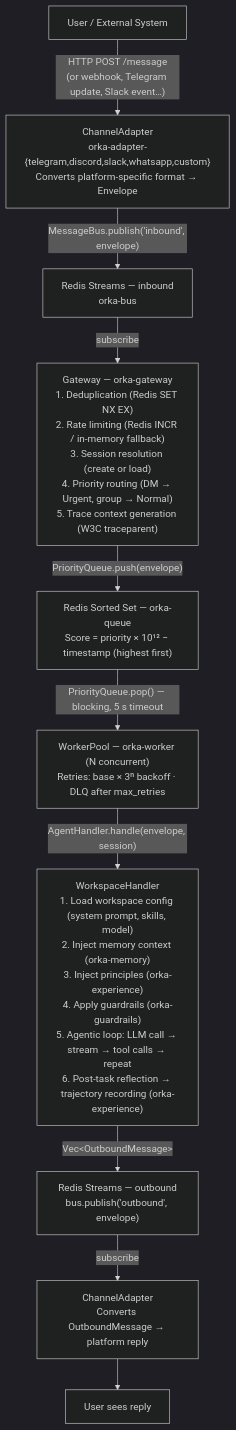
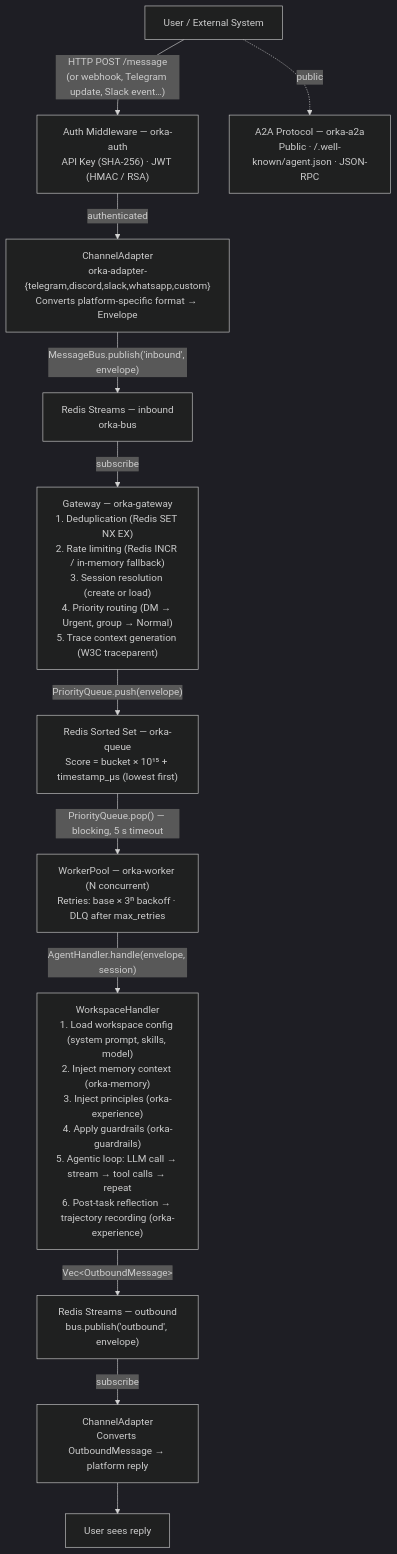
The first of 2 diagrams in docs/architecture.md (gianlucamazza/orka), drawn with Mermaid (dark theme) before and after one commit. The commit also changed 1 other file, not shown here.

Commit message:
docs: validate and fix architecture diagrams
- Fix skill registry categories to match actual code (shell, code, web,
  http, knowledge, schedule, mcp, filesystem, system, wasm)
- Fix priority queue score formula: bucket × 10¹⁵ + timestamp_µs
  (was priority × 10¹² − timestamp)
- Add orka-auth middleware node to ingress path in both diagrams
- Add orka-a2a public endpoint as parallel path (agent discovery)
- Add orka-eval service node (skill scenario testing via API)
- Add circuit breaker note to LLM Router node
- Add WASM plugin support to Skill Registry node

````diff
--- a/docs/architecture.md
+++ b/docs/architecture.md
@@ -7,23 +7,27 @@
 ```mermaid
 flowchart TD
     User["User / External System"]
+    Auth["Auth Middleware — orka-auth\nAPI Key (SHA-256) · JWT (HMAC / RSA)"]
     CA1["ChannelAdapter\norka-adapter-{telegram,discord,slack,whatsapp,custom}\nConverts platform-specific format → Envelope"]
     RS1["Redis Streams — inbound\norka-bus"]
     GW["Gateway — orka-gateway\n1. Deduplication (Redis SET NX EX)\n2. Rate limiting (Redis INCR / in-memory fallback)\n3. Session resolution (create or load)\n4. Priority routing (DM → Urgent, group → Normal)\n5. Trace context generation (W3C traceparent)"]
-    PQ["Redis Sorted Set — orka-queue\nScore = priority × 10¹² − timestamp (highest first)"]
+    PQ["Redis Sorted Set — orka-queue\nScore = bucket × 10¹⁵ + timestamp_µs (lowest first)"]
     WP["WorkerPool — orka-worker (N concurrent)\nRetries: base × 3ⁿ backoff · DLQ after max_retries"]
     WH["WorkspaceHandler\n1. Load workspace config (system prompt, skills, model)\n2. Inject memory context (orka-memory)\n3. Inject principles (orka-experience)\n4. Apply guardrails (orka-guardrails)\n5. Agentic loop: LLM call → stream → tool calls → repeat\n6. Post-task reflection → trajectory recording (orka-experience)"]
     RS2["Redis Streams — outbound\nbus.publish('outbound', envelope)"]
     CA2["ChannelAdapter\nConverts OutboundMessage → platform reply"]
     Reply["User sees reply"]
+    A2A["A2A Protocol — orka-a2a\nPublic · /.well-known/agent.json · JSON-RPC"]
 
-    User -->|"HTTP POST /message\n(or webhook, Telegram update, Slack event…)"| CA1
+    User -->|"HTTP POST /message\n(or webhook, Telegram update, Slack event…)"| Auth
+    User -.->|"public"| A2A
+    Auth -->|"authenticated"| CA1
     CA1 -->|"MessageBus.publish('inbound', envelope)"| RS1
     RS1 -->|"subscribe"| GW
     GW -->|"PriorityQueue.push(envelope)"| PQ
     PQ -->|"PriorityQueue.pop() — blocking, 5 s timeout"| WP
     WP -->|"AgentHandler.handle(envelope, session)"| WH
     WH -->|"Vec&lt;OutboundMessage&gt;"| RS2
     RS2 -->|"subscribe"| CA2
     CA2 --> Reply
 ```
````
